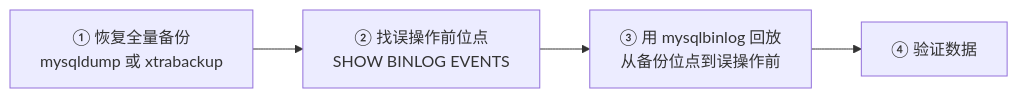
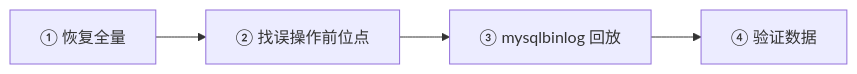
Before and after one commit to ml-cuizijun/LearnToLilith: the third of 4 diagrams in 02-中间件与数据库/01-MySQL/05-备份恢复与慢查询治理/知识点.md, drawn with Mermaid. The commit also changed other lines of this file and 178 other files, not shown here.

````diff
--- a/02-中间件与数据库/01-MySQL/05-备份恢复与慢查询治理/知识点.md
+++ b/02-中间件与数据库/01-MySQL/05-备份恢复与慢查询治理/知识点.md
@@ -443,6 +344,6 @@
 ```mermaid
 flowchart LR
-    A["① 恢复全量备份<br/>mysqldump 或 xtrabackup"] --> B["② 找误操作前位点<br/>SHOW BINLOG EVENTS"]
-    B --> C["③ 用 mysqlbinlog 回放<br/>从备份位点到误操作前"]
+    A["① 恢复全量"] --> B["② 找误操作前位点"]
+    B --> C["③ mysqlbinlog 回放"]
     C --> D["④ 验证数据"]
 ```
````
